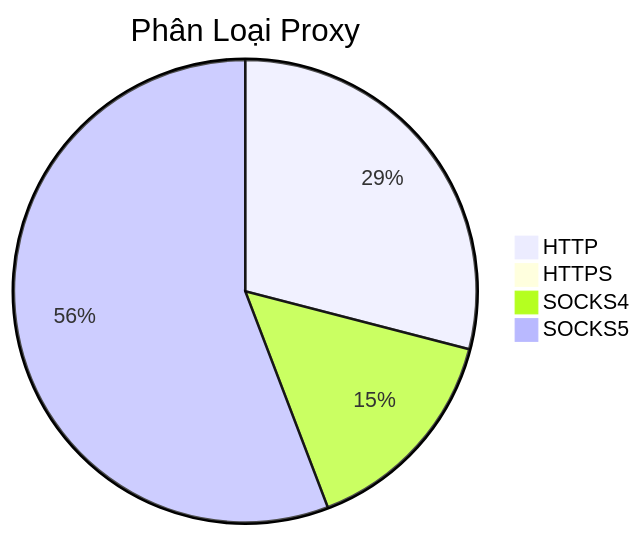
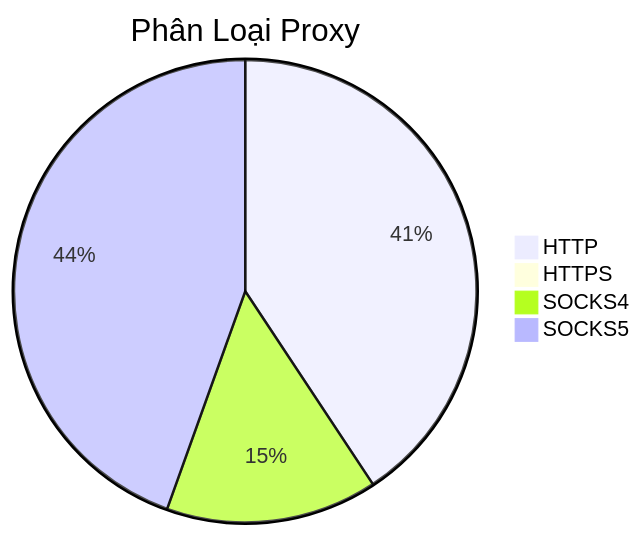
Before and after one commit to Ciara-12/PROXY-free: the diagram in README.md, drawn with Mermaid. The commit also changed other lines of this file and 4 other files, not shown here.

````diff
--- a/README.md
+++ b/README.md
@@ -26,7 +26,7 @@
 ```mermaid
 pie title Phân Loại Proxy
-    "HTTP" : 590
+    "HTTP" : 768
     "HTTPS" : 1
-    "SOCKS4" : 308
-    "SOCKS5" : 1134
+    "SOCKS4" : 279
+    "SOCKS5" : 840
 ```
````
